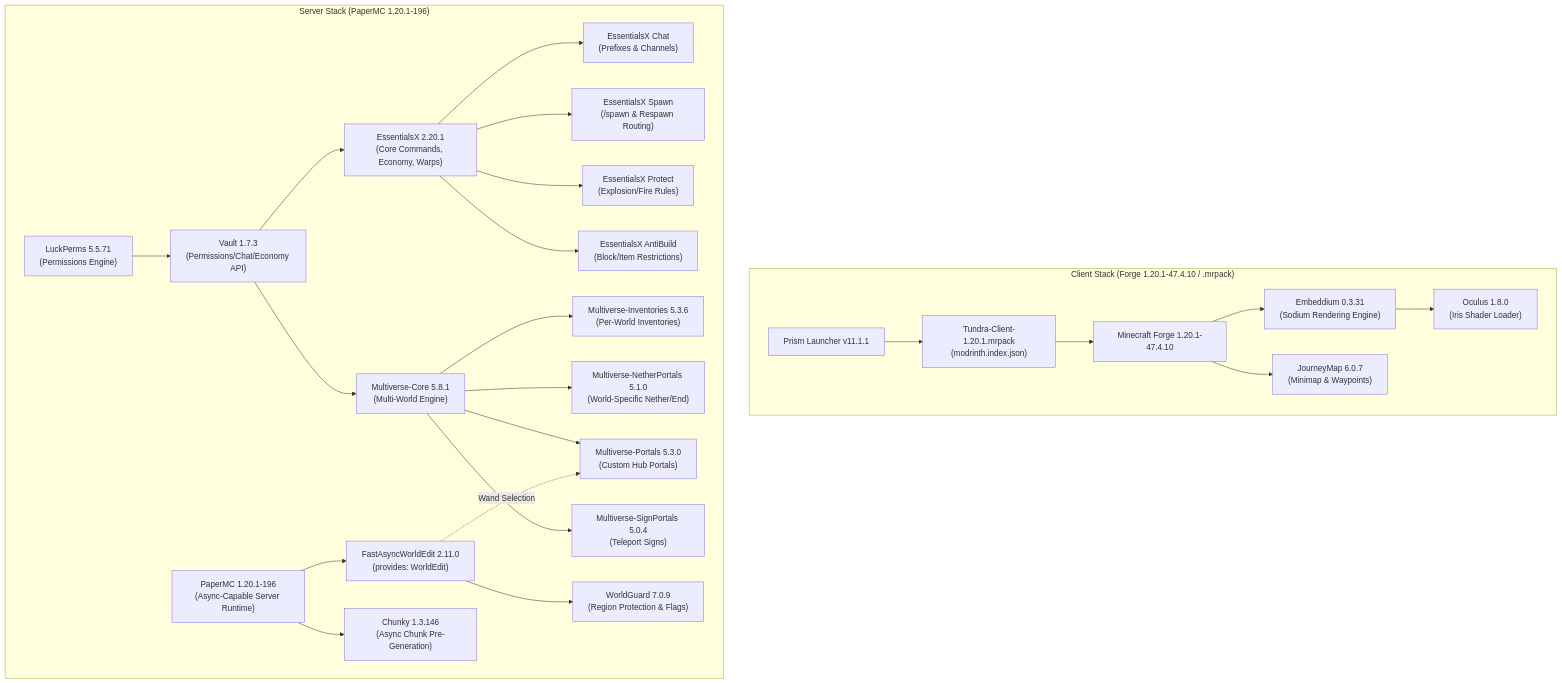
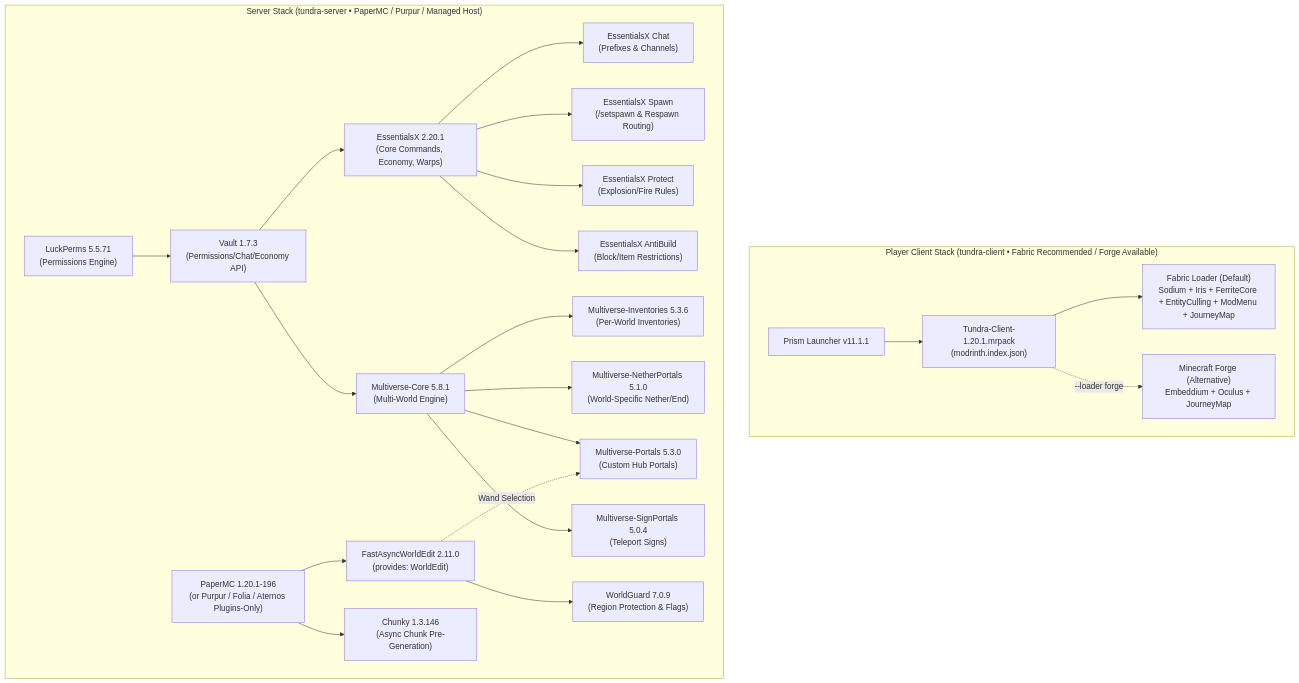
The diagram in README.md (SpanishSyntax/Tundra), drawn with Mermaid before and after one commit. The commit also changed other lines of this file and 15 other files, not shown here.

Commit message:
feat: refactor into Frost Python CLI suite (tundra-server & tundra-client) with tundra.toml

````diff
--- a/README.md
+++ b/README.md
@@ -13,33 +27,31 @@
 ```mermaid
 flowchart TD
-    subgraph Client["Client Stack (Forge 1.20.1-47.4.10 / .mrpack)"]
+    subgraph Client["Player Client Stack (tundra-client • Fabric Recommended / Forge Available)"]
         PL["Prism Launcher v11.1.1"] --> MRP["Tundra-Client-1.20.1.mrpack<br/>(modrinth.index.json)"]
-        MRP --> FG["Minecraft Forge 1.20.1-47.4.10"]
-        FG --> EMB["Embeddium 0.3.31<br/>(Sodium Rendering Engine)"]
-        EMB --> OC["Oculus 1.8.0<br/>(Iris Shader Loader)"]
-        FG --> JM["JourneyMap 6.0.7<br/>(Minimap & Waypoints)"]
+        MRP --> FAB["Fabric Loader (Default)<br/>Sodium + Iris + FerriteCore + EntityCulling + ModMenu + JourneyMap"]
+        MRP -.->|"--loader forge"| FG["Minecraft Forge (Alternative)<br/>Embeddium + Oculus + JourneyMap"]
     end
 
-    subgraph Server["Server Stack (PaperMC 1.20.1-196)"]
-        PAPER["PaperMC 1.20.1-196<br/>(Async-Capable Server Runtime)"]
+    subgraph Server["Server Stack (tundra-server • PaperMC / Purpur / Managed Host)"]
+        PAPER["PaperMC 1.20.1-196<br/>(or Purpur / Folia / Aternos Plugins-Only)"]
 
         LP["LuckPerms 5.5.71<br/>(Permissions Engine)"] --> V["Vault 1.7.3<br/>(Permissions/Chat/Economy API)"]
 
         V --> EX["EssentialsX 2.20.1<br/>(Core Commands, Economy, Warps)"]
         EX --> EXC["EssentialsX Chat<br/>(Prefixes & Channels)"]
-        EX --> EXS["EssentialsX Spawn<br/>(/spawn & Respawn Routing)"]
+        EX --> EXS["EssentialsX Spawn<br/>(/setspawn & Respawn Routing)"]
         EX --> EXP["EssentialsX Protect<br/>(Explosion/Fire Rules)"]
         EX --> EXA["EssentialsX AntiBuild<br/>(Block/Item Restrictions)"]
 
         V --> MVC["Multiverse-Core 5.8.1<br/>(Multi-World Engine)"]
         MVC --> MVI["Multiverse-Inventories 5.3.6<br/>(Per-World Inventories)"]
         MVC --> MVN["Multiverse-NetherPortals 5.1.0<br/>(World-Specific Nether/End)"]
         MVC --> MVP["Multiverse-Portals 5.3.0<br/>(Custom Hub Portals)"]
         MVC --> MVS["Multiverse-SignPortals 5.0.4<br/>(Teleport Signs)"]
 
         PAPER --> FAWE["FastAsyncWorldEdit 2.11.0<br/>(provides: WorldEdit)"]
         PAPER --> CH["Chunky 1.3.146<br/>(Async Chunk Pre-Generation)"]
         FAWE --> WG["WorldGuard 7.0.9<br/>(Region Protection & Flags)"]
         FAWE -.->|"Wand Selection"| MVP
     end
 ```
````
